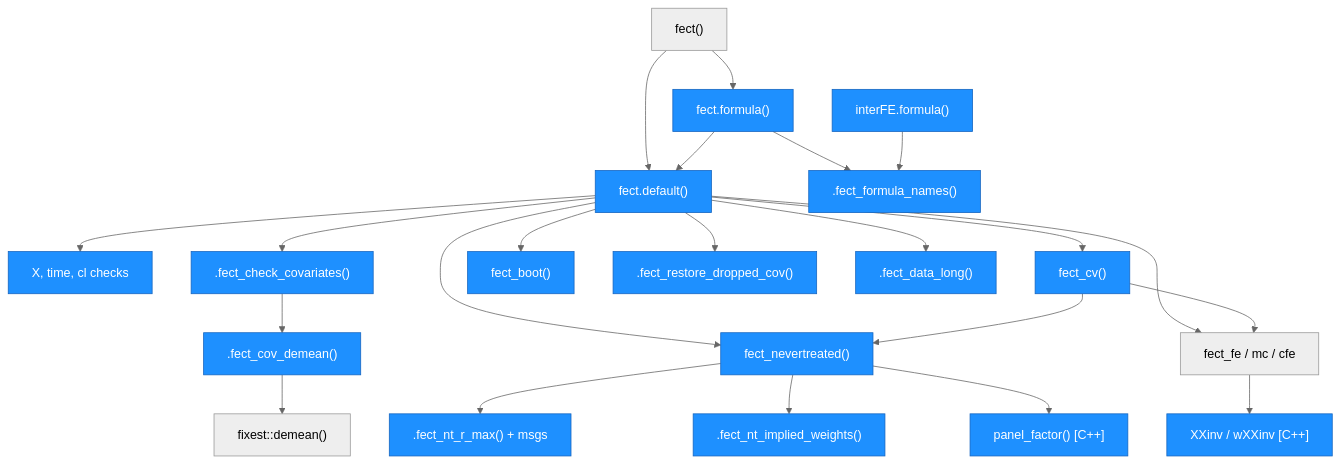
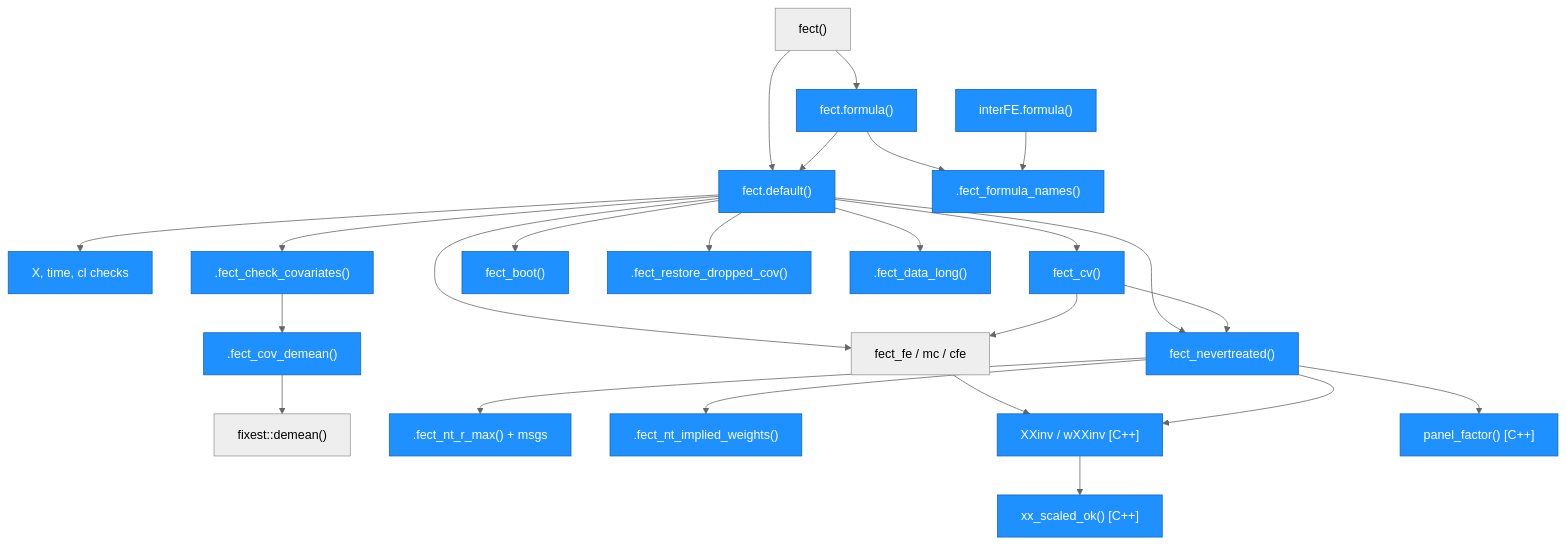
One commit to xuyiqing/fect changed the second of 5 diagrams in ARCHITECTURE.md. Above: the diagram before and after it, drawn with Mermaid. The commit also changed other lines of this file, not shown here.

First line of the commit message:
docs: ARCHITECTURE.md describes the scale-invariant XXinv() guard (C5b)

````diff
--- a/ARCHITECTURE.md
+++ b/ARCHITECTURE.md
@@ -160,62 +161,66 @@
 ```mermaid
 %%{init: {'theme': 'neutral'}}%%
 graph TD
     F1["fect()"]
     F2["fect.formula()"]
     F3["fect.default()"]
     H1[".fect_formula_names()"]
     H2["X, time, cl checks"]
     H3[".fect_check_covariates()"]
     H4[".fect_cov_demean()"]
     FX["fixest::demean()"]
     CV["fect_cv()"]
     FE["fect_fe / mc / cfe"]
     NT["fect_nevertreated()"]
     N1[".fect_nt_r_max() + msgs"]
     N2[".fect_nt_implied_weights()"]
     BT["fect_boot()"]
     R1[".fect_restore_dropped_cov()"]
     R2[".fect_data_long()"]
     IF["interFE.formula()"]
     XX["XXinv / wXXinv [C++]"]
+    XS["xx_scaled_ok() [C++]"]
     PF["panel_factor() [C++]"]
 
     F1 --> F2
     F1 --> F3
     F2 --> H1
     F2 --> F3
     IF --> H1
     F3 --> H2
     F3 --> H3
     H3 --> H4
     H4 --> FX
     F3 --> CV
     F3 --> FE
     F3 --> NT
     F3 --> BT
     F3 --> R1
     F3 --> R2
     CV --> NT
     CV --> FE
     NT --> N1
     NT --> N2
     FE --> XX
+    NT --> XX
+    XX --> XS
     NT --> PF
 
     style F2 fill:#1e90ff,stroke:#1565c0,color:#fff
     style F3 fill:#1e90ff,stroke:#1565c0,color:#fff
     style H1 fill:#1e90ff,stroke:#1565c0,color:#fff
     style H2 fill:#1e90ff,stroke:#1565c0,color:#fff
     style H3 fill:#1e90ff,stroke:#1565c0,color:#fff
     style H4 fill:#1e90ff,stroke:#1565c0,color:#fff
     style CV fill:#1e90ff,stroke:#1565c0,color:#fff
     style NT fill:#1e90ff,stroke:#1565c0,color:#fff
     style N1 fill:#1e90ff,stroke:#1565c0,color:#fff
     style N2 fill:#1e90ff,stroke:#1565c0,color:#fff
     style BT fill:#1e90ff,stroke:#1565c0,color:#fff
     style R1 fill:#1e90ff,stroke:#1565c0,color:#fff
     style R2 fill:#1e90ff,stroke:#1565c0,color:#fff
     style IF fill:#1e90ff,stroke:#1565c0,color:#fff
     style XX fill:#1e90ff,stroke:#1565c0,color:#fff
+    style XS fill:#1e90ff,stroke:#1565c0,color:#fff
     style PF fill:#1e90ff,stroke:#1565c0,color:#fff
 ```
````
